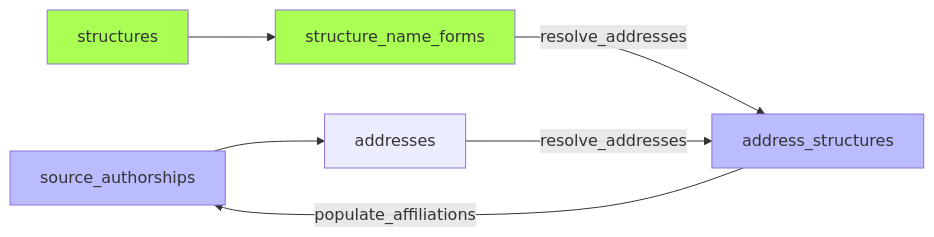
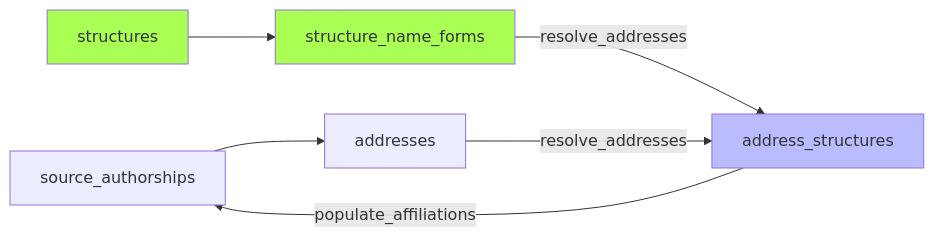
Before and after one commit to Y33sha/bibliometrie-uca: the third of 10 diagrams in docs/pipeline.md, drawn with Mermaid. The commit also changed other lines of this file and 7 other files, not shown here.

````diff
--- a/docs/pipeline.md
+++ b/docs/pipeline.md
@@ -96,12 +96,12 @@
 ```mermaid
 flowchart LR
     A[source_authorships]-->B[addresses]
     D[structures]-->E[structure_name_forms]
     E-->|resolve_addresses|F[address_structures]
     B-->|resolve_addresses|F
     F-->|populate_affiliations|A
     classDef new  fill:#bbf
     classDef valid  fill:#af5
-    class A,F new;
+    class F new;
     class D,E valid;
 ```
````
